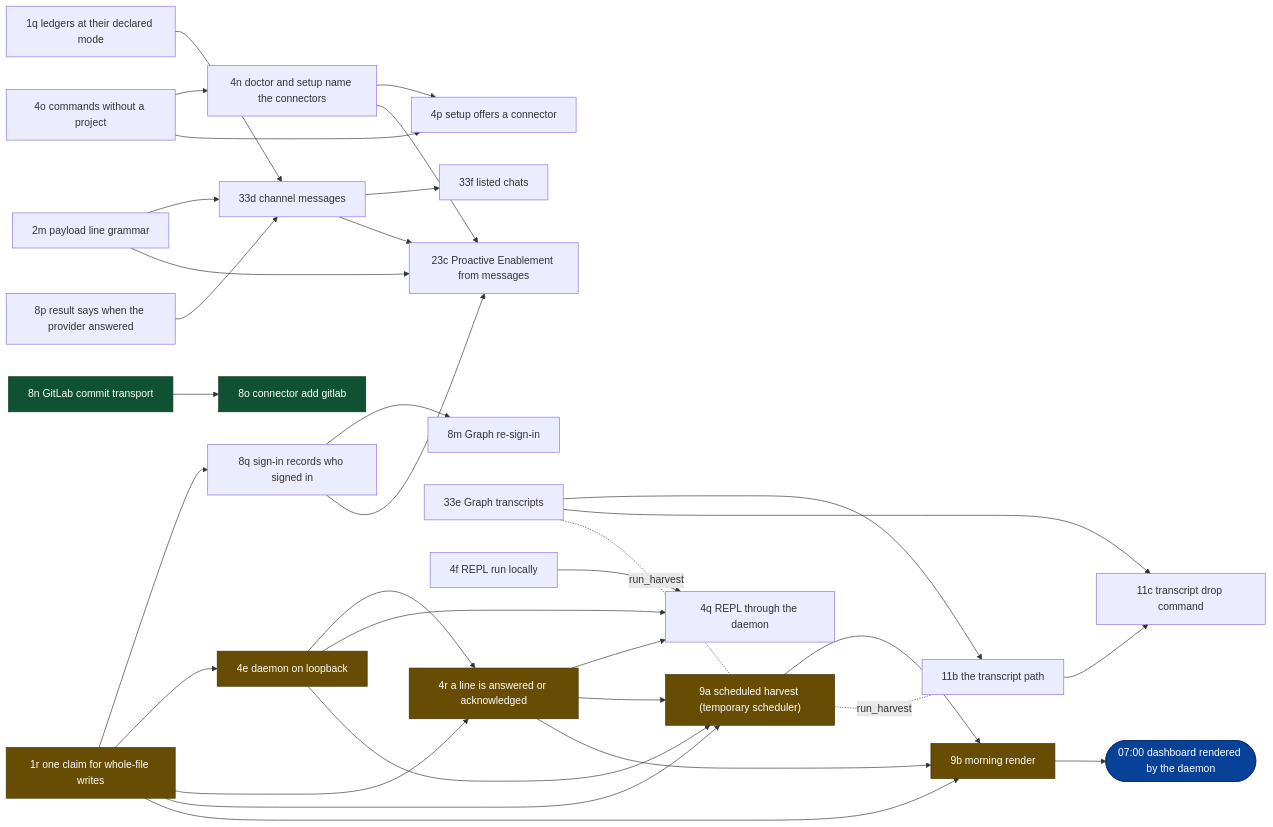
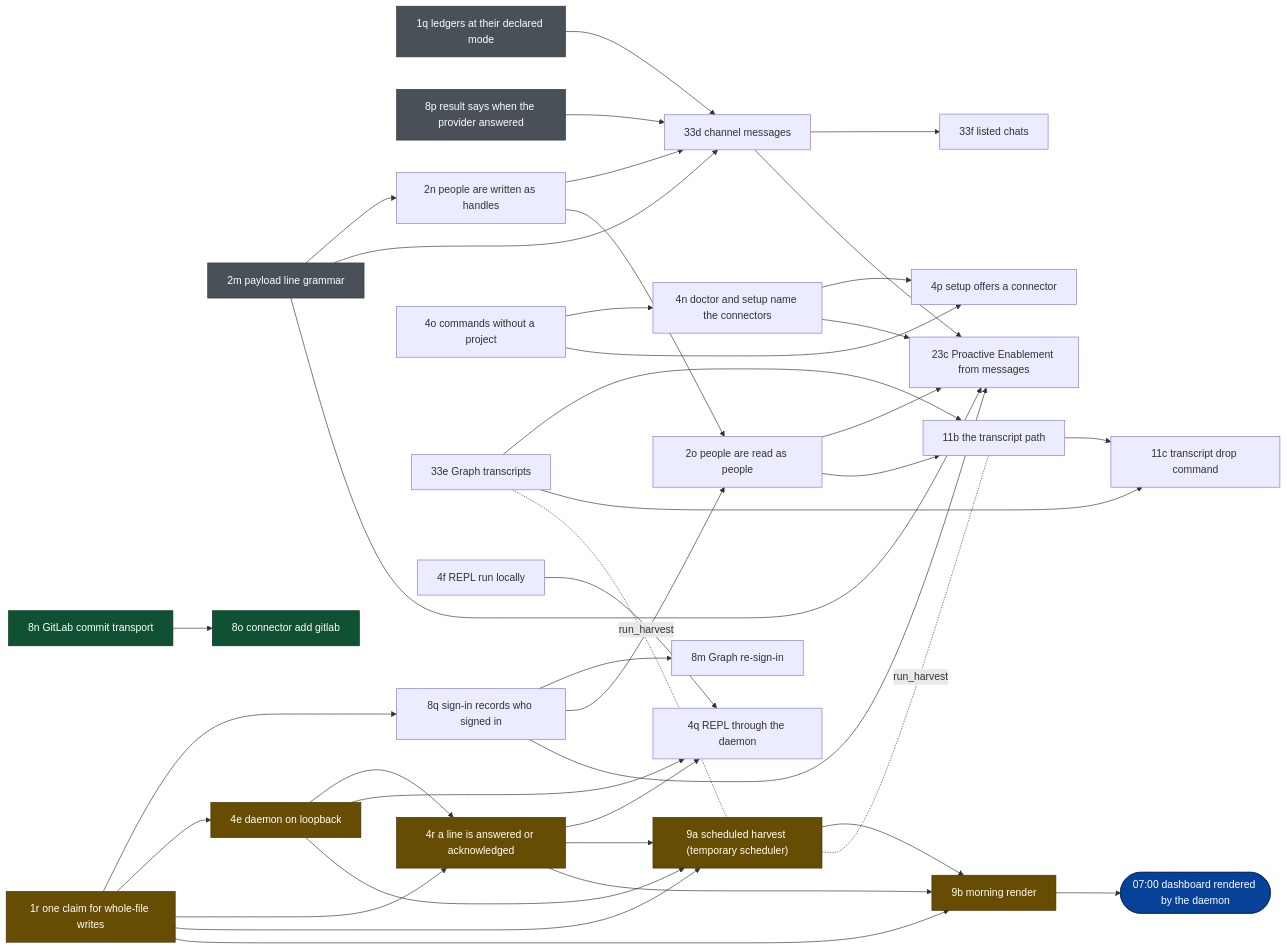
Before and after one commit to aramaniuk/pm-ai: the fourth of 4 diagrams in _bmad-output/implementation-artifacts/prototype-path-2026-09-01.md, drawn with Mermaid. The commit also changed other lines of this file and 13 other files, not shown here.

````diff
--- a/_bmad-output/implementation-artifacts/prototype-path-2026-09-01.md
+++ b/_bmad-output/implementation-artifacts/prototype-path-2026-09-01.md
@@ -875,68 +875,78 @@
 ```mermaid
 flowchart LR
     s1q["1q ledgers at their declared mode"]
     s1r["1r one claim for whole-file writes"]
     s2m["2m payload line grammar"]
     s8p["8p result says when the provider answered"]
+    s2n["2n people are written as handles"]
+    s2o["2o people are read as people"]
     s8q["8q sign-in records who signed in"]
     s8m["8m Graph re-sign-in"]
     s4o["4o commands without a project"]
     s4n["4n doctor and setup name the connectors"]
     s4p["4p setup offers a connector"]
     s33d["33d channel messages"]
     s33f["33f listed chats"]
     s23c["23c Proactive Enablement from messages"]
     s33e["33e Graph transcripts"]
     s11b["11b the transcript path"]
     s11c["11c transcript drop command"]
     s4e["4e daemon on loopback"]
     s4f["4f REPL run locally"]
     s4r["4r a line is answered or acknowledged"]
     s4q["4q REPL through the daemon"]
     s9a["9a scheduled harvest (temporary scheduler)"]
     s9b["9b morning render"]
     s8n["8n GitLab commit transport"]
     s8o["8o connector add gitlab"]
     done(["07:00 dashboard rendered by the daemon"])
 
     s1r --> s8q
     s8q --> s8m
     s4o --> s4n
     s4o --> s4p
     s4n --> s4p
+    s2m --> s2n
+    s2n --> s33d
+    s2n --> s2o
+    s8q --> s2o
+    s2o --> s23c
+    s2o --> s11b
     s1q --> s33d
     s2m --> s33d
     s8p --> s33d
     s33d --> s33f
     s2m --> s23c
     s33d --> s23c
     s8q --> s23c
     s4n --> s23c
     s33e --> s11b
     s33e --> s11c
     s11b --> s11c
     s1r --> s4e
     s1r --> s4r
     s4e --> s4r
     s4e --> s4q
     s4f --> s4q
     s4r --> s4q
     s1r --> s9a
     s4e --> s9a
     s4r --> s9a
     s1r --> s9b
     s4r --> s9b
     s9a --> s9b
     s8n --> s8o
     s9b --> done
 
     s33e -. run_harvest .- s9a
     s9a -. run_harvest .- s11b
 
     classDef crit fill:#664d03,stroke:#413003,color:#ffffff
     classDef island fill:#0f5132,stroke:#0a3622,color:#ffffff
     classDef goal fill:#084298,stroke:#052c65,color:#ffffff
     class s1r,s4e,s4r,s9a,s9b crit
     class s8n,s8o island
     class done goal
+    classDef merged fill:#495057,stroke:#343a40,color:#ffffff
+    class s1q,s2m,s8p merged
 ```
````
